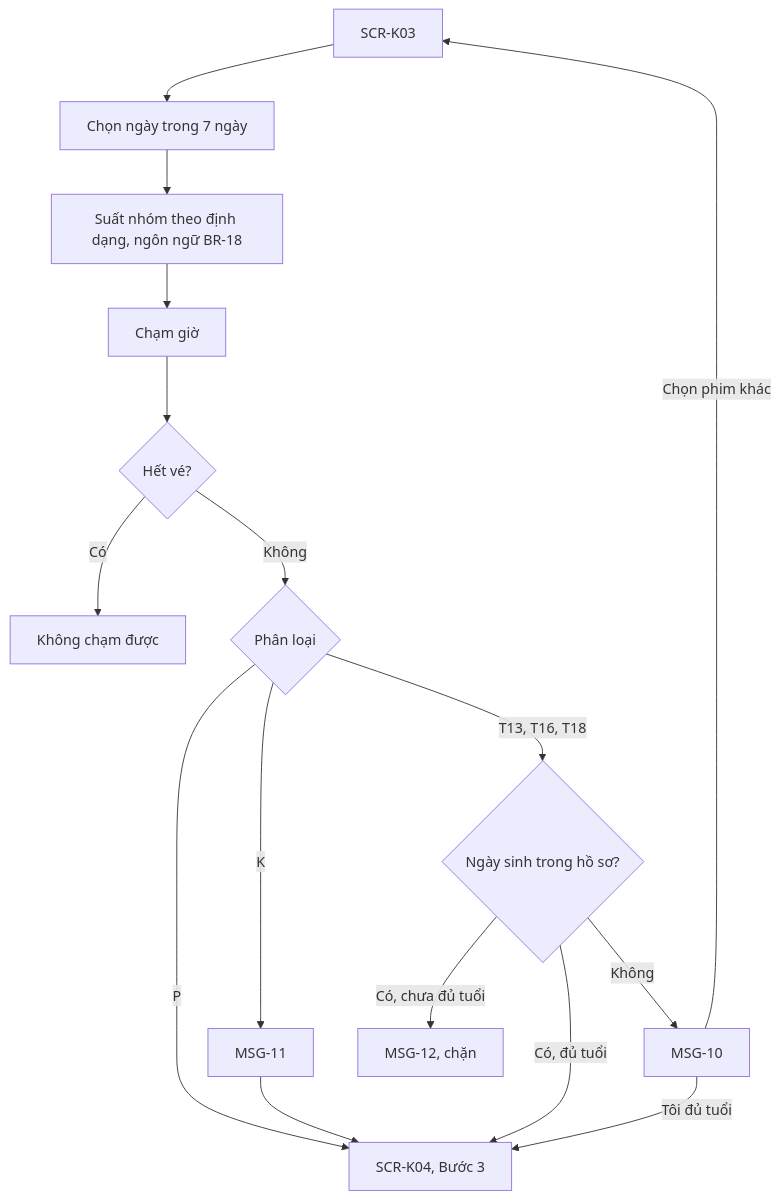
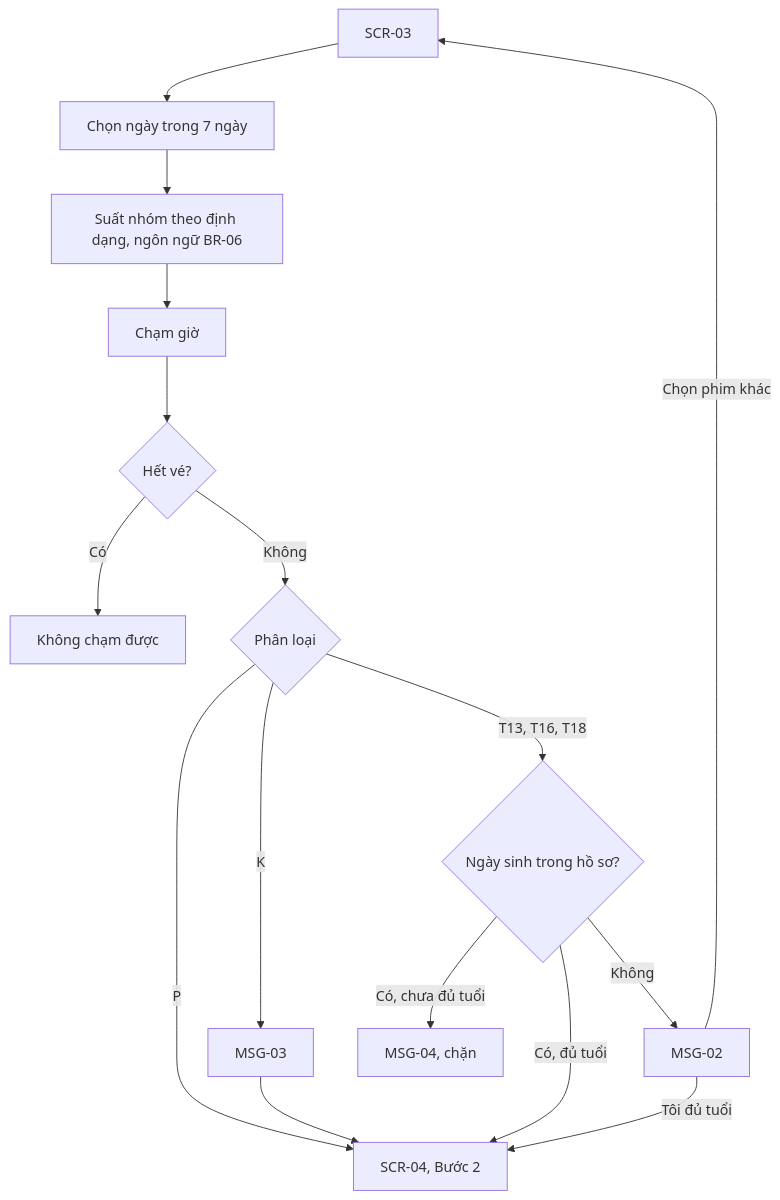
One commit to uxfoundation-vn/de08-dat-ve-xem-phim changed the seventh of 15 diagrams in docs/SRS.md. Above: the diagram before and after it, drawn with Mermaid. The commit also changed other lines of this file and 2 other files, not shown here.

````diff
--- a/docs/SRS.md
+++ b/docs/SRS.md
@@ -423,17 +270,17 @@
 ```mermaid
 flowchart TD
-  A["SCR-K03"] --> B["Chọn ngày trong 7 ngày"]
-  B --> C["Suất nhóm theo định dạng, ngôn ngữ BR-18"]
+  A["SCR-03"] --> B["Chọn ngày trong 7 ngày"]
+  B --> C["Suất nhóm theo định dạng, ngôn ngữ BR-06"]
   C --> D["Chạm giờ"]
   D --> E{"Hết vé?"}
   E -->|Có| E1["Không chạm được"]
   E -->|Không| F{"Phân loại"}
-  F -->|P| I["SCR-K04, Bước 3"]
-  F -->|K| G["MSG-11"] --> I
+  F -->|P| I["SCR-04, Bước 2"]
+  F -->|K| G["MSG-03"] --> I
   F -->|T13, T16, T18| H{"Ngày sinh trong hồ sơ?"}
-  H -->|Có, chưa đủ tuổi| H1["MSG-12, chặn"]
+  H -->|Có, chưa đủ tuổi| H1["MSG-04, chặn"]
   H -->|Có, đủ tuổi| I
-  H -->|Không| H2["MSG-10"]
+  H -->|Không| H2["MSG-02"]
   H2 -->|Tôi đủ tuổi| I
   H2 -->|Chọn phim khác| A
 ```
````
